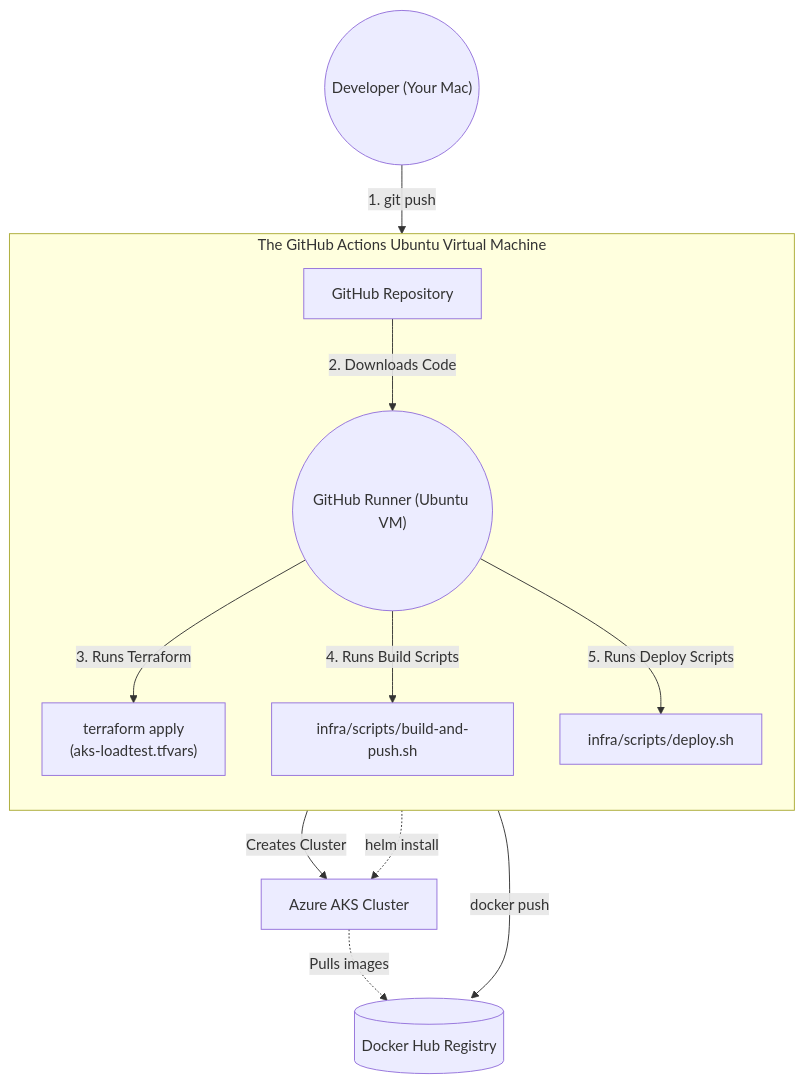
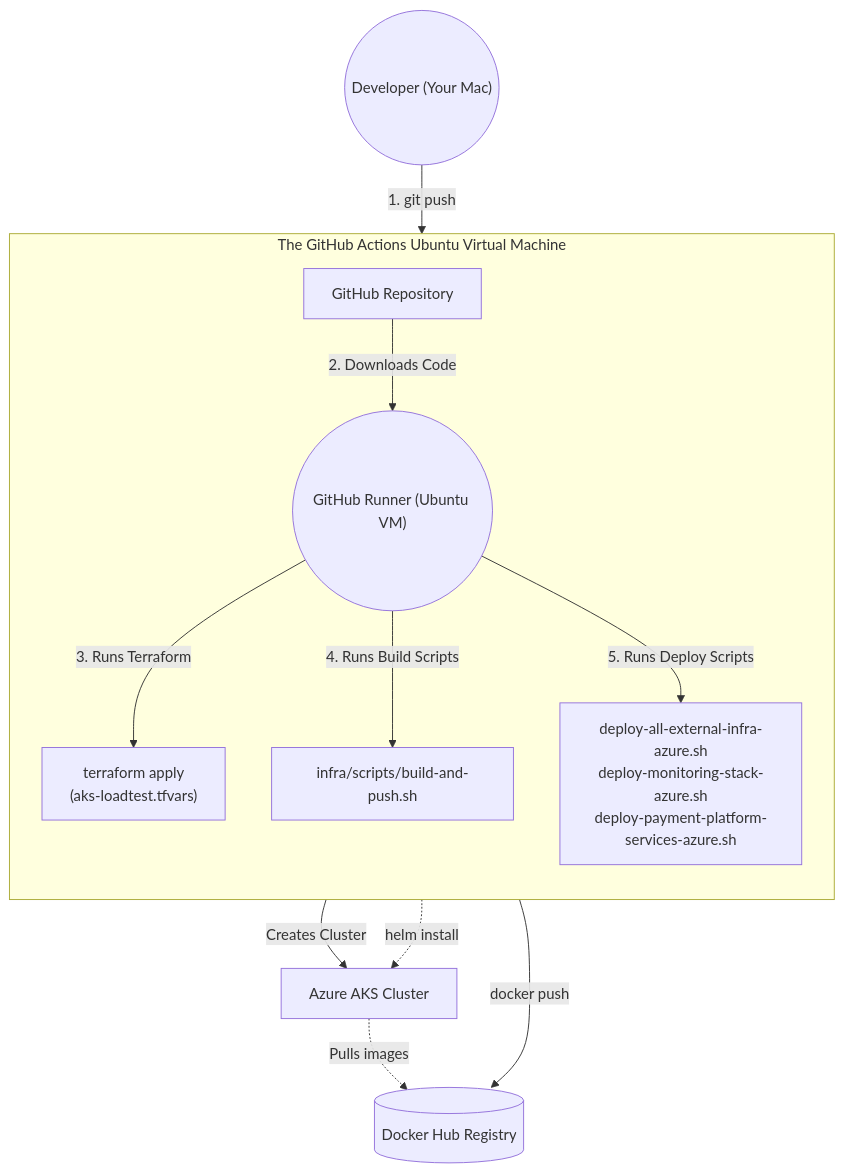
One commit to dcaglar/payment-platform-for-marketplaces changed the diagram in docs/architecture/adr-001-azure-infrastructure.md. Above: the diagram before and after it, drawn with Mermaid. The commit also changed other lines of this file and 53 other files, not shown here.

````diff
--- a/docs/architecture/adr-001-azure-infrastructure.md
+++ b/docs/architecture/adr-001-azure-infrastructure.md
@@ -42,18 +52,18 @@
 ```mermaid
 graph TD
     Dev(("Developer (Your Mac)")) -->|1. git push| GH["GitHub Repository"]
     
     subgraph "The GitHub Actions Ubuntu Virtual Machine"
         direction TB
         GH -->|2. Downloads Code| Runner(("GitHub Runner (Ubuntu VM)"))
         
         Runner -->|3. Runs Terraform| TF["terraform apply<br/>(aks-loadtest.tfvars)"]
         Runner -->|4. Runs Build Scripts| Build["infra/scripts/build-and-push.sh"]
-        Runner -->|5. Runs Deploy Scripts| Deploy["infra/scripts/deploy.sh"]
+        Runner -->|5. Runs Deploy Scripts| Deploy["deploy-all-external-infra-azure.sh<br/>deploy-monitoring-stack-azure.sh<br/>deploy-payment-platform-services-azure.sh"]
     end
     
     TF -->|Creates Cluster| AKS["Azure AKS Cluster"]
     Build -->|docker push| DockerHub[("Docker Hub Registry")]
     Deploy -.->|helm install| AKS
     AKS -.->|Pulls images| DockerHub
 ```
````
